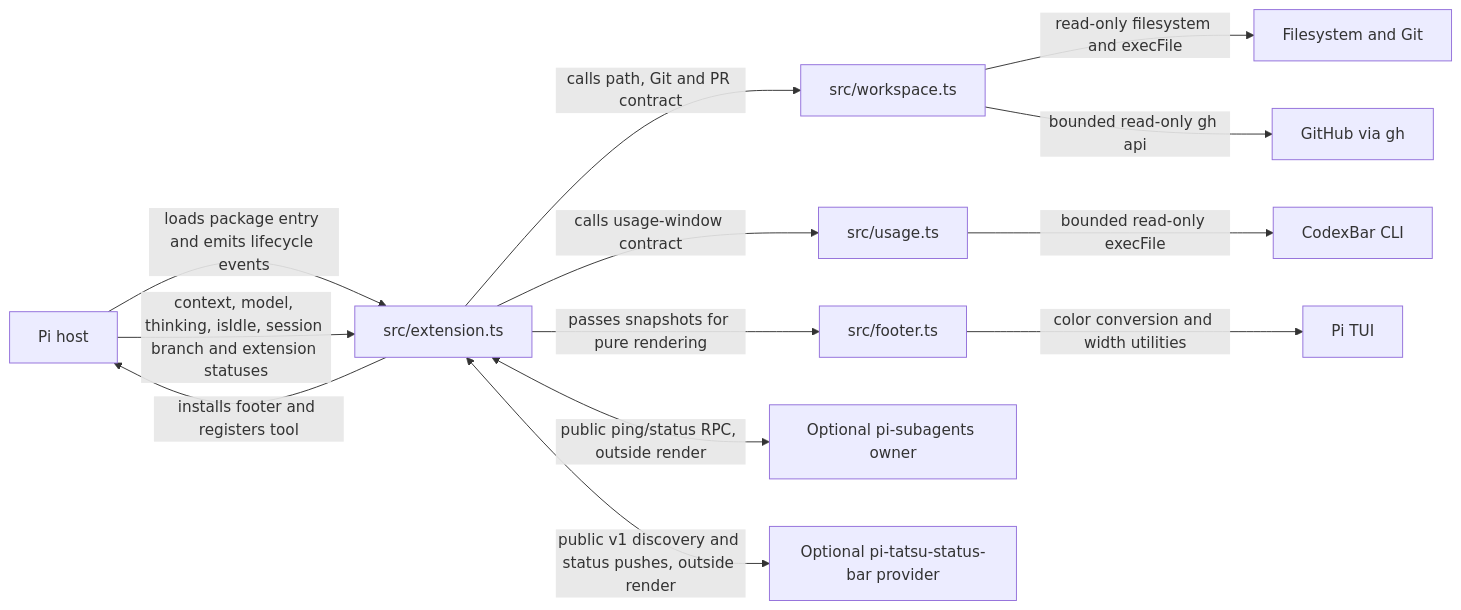
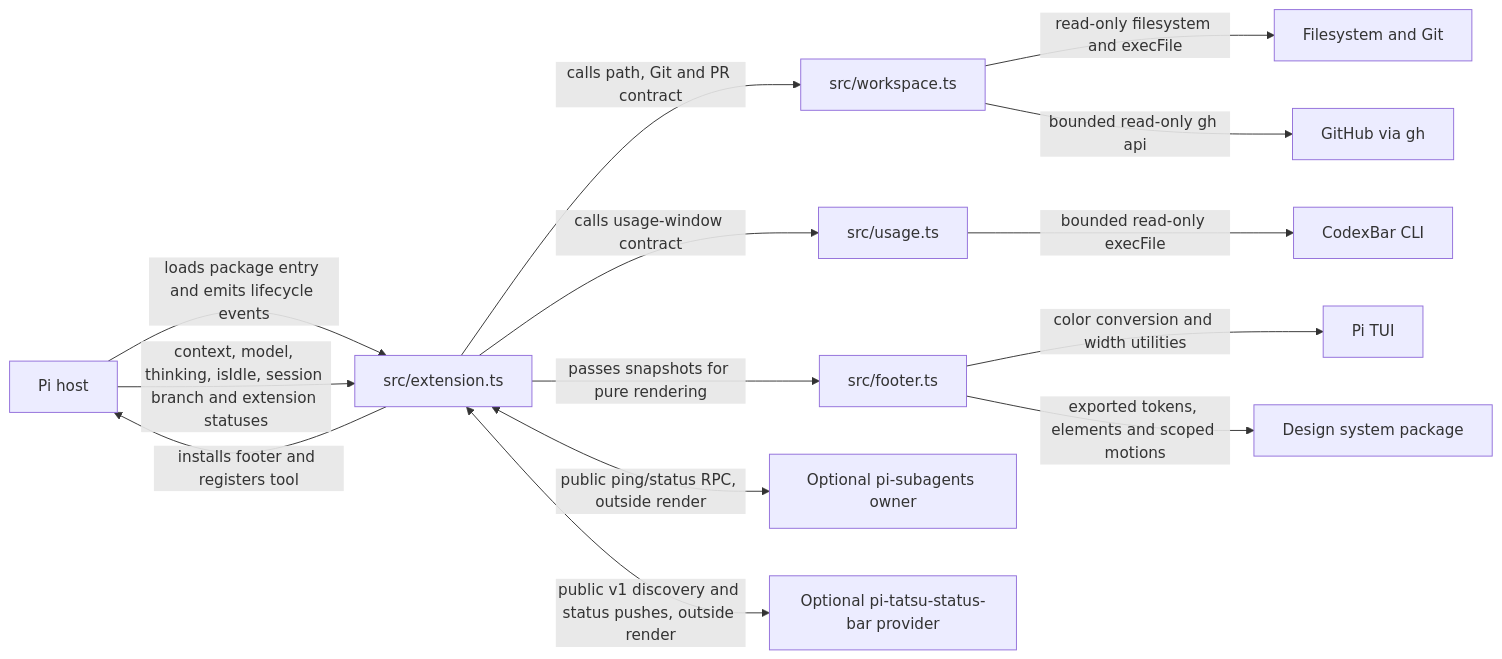
One commit to jigenator/industrial-os changed the first of 2 diagrams in pi/status-bar/docs/architecture.md. Above: the diagram before and after it, drawn with Mermaid. The commit also changed other lines of this file and 9 other files, not shown here.

First line of the commit message:
refactor(status-bar): draw the footer from design-system elements and tokens

````diff
--- a/pi/status-bar/docs/architecture.md
+++ b/pi/status-bar/docs/architecture.md
@@ -8,15 +8,16 @@
 ```mermaid
 flowchart LR
   Host[Pi host] -->|loads package entry and emits lifecycle events| Extension[src/extension.ts]
   Extension -->|calls path, Git and PR contract| Workspace[src/workspace.ts]
   Extension -->|calls usage-window contract| Usage[src/usage.ts]
   Extension -->|passes snapshots for pure rendering| Footer[src/footer.ts]
   Host -->|context, model, thinking, isIdle, session branch and extension statuses| Extension
   Extension <-->|public ping/status RPC, outside render| Fleet[Optional pi-subagents owner]
   Extension <-->|public v1 discovery and status pushes, outside render| Tatsu[Optional pi-tatsu-status-bar provider]
   Workspace -->|read-only filesystem and execFile| Local[Filesystem and Git]
   Workspace -->|bounded read-only gh api| GitHub[GitHub via gh]
   Usage -->|bounded read-only execFile| CodexBar[CodexBar CLI]
   Footer -->|color conversion and width utilities| TUI[Pi TUI]
+  Footer -->|exported tokens, elements and scoped motions| DS[Design system package]
   Extension -->|installs footer and registers tool| Host
 ```
````
